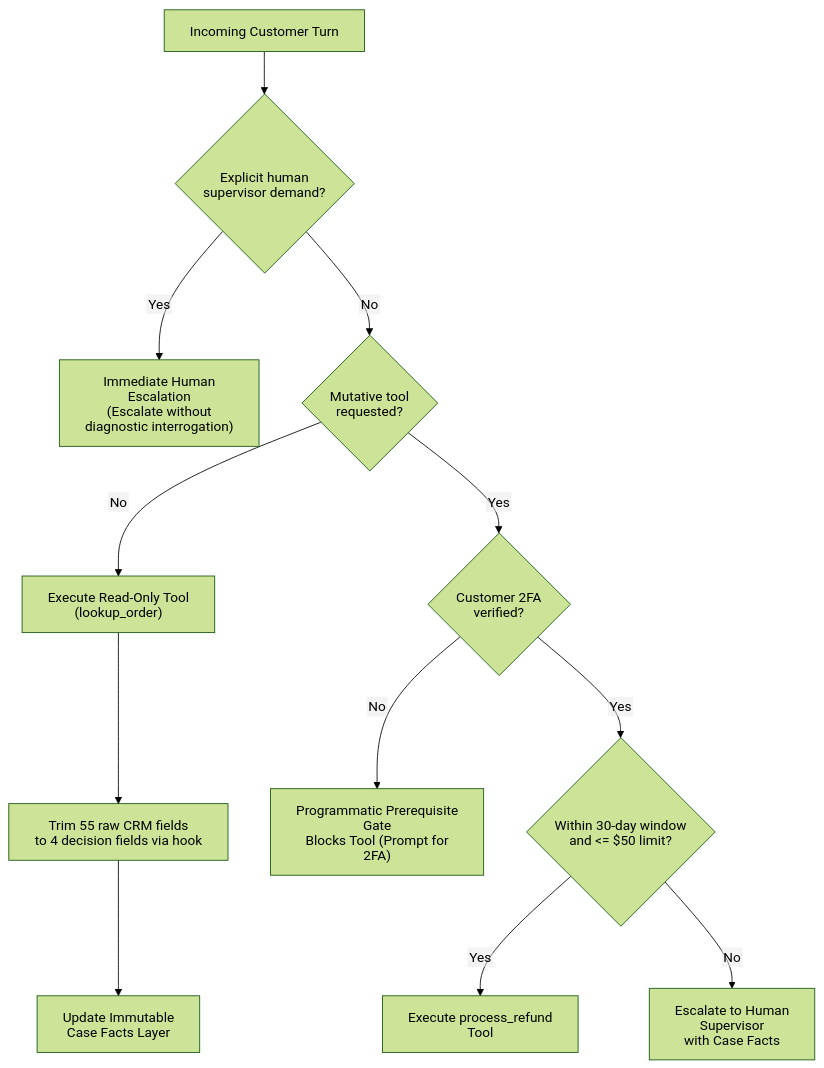
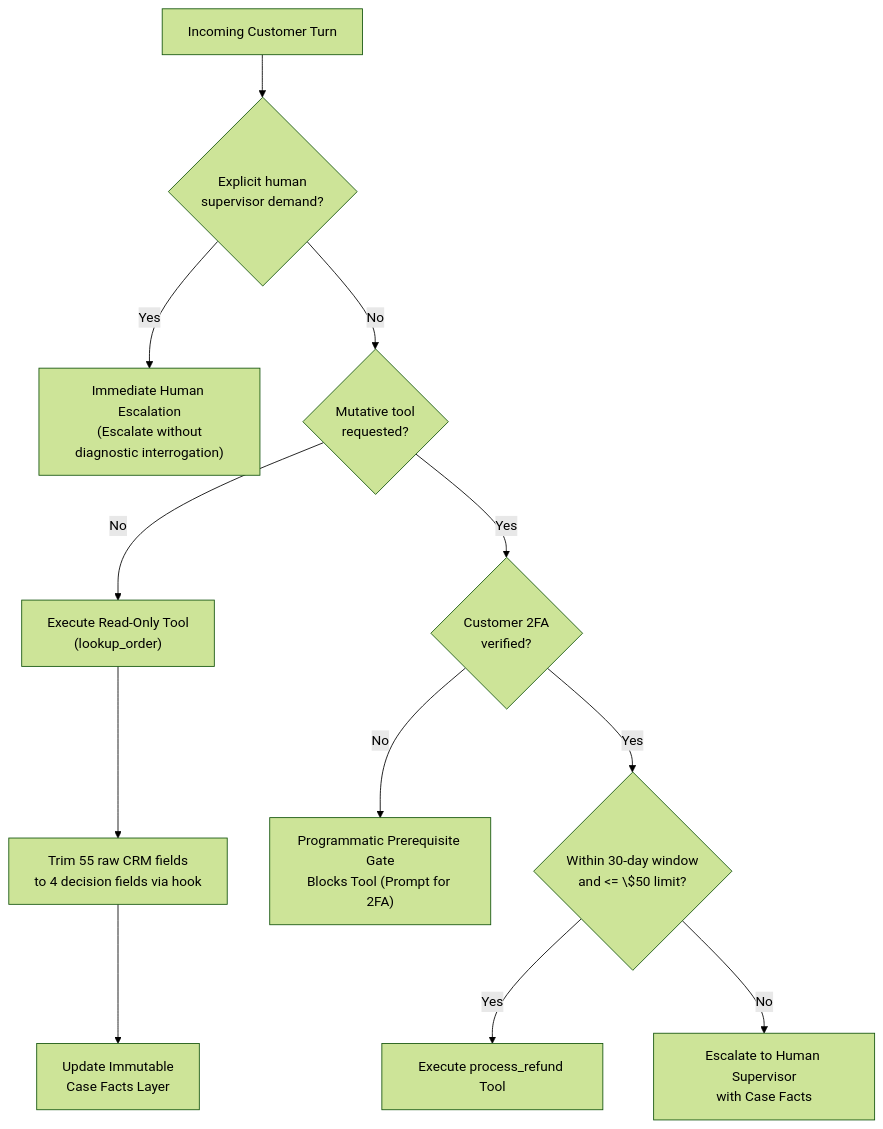
One commit to dip4k/claude_cert_architect_foundation_prep changed the fourth of 6 diagrams in scenarios/MASTER_SCENARIO_PRACTICE.md. Above: the diagram before and after it, drawn with Mermaid (forest theme). The commit also changed other lines of this file and 99 other files, not shown here.

````diff
--- a/scenarios/MASTER_SCENARIO_PRACTICE.md
+++ b/scenarios/MASTER_SCENARIO_PRACTICE.md
@@ -130,20 +119,16 @@
 ```mermaid
----
-config:
-  htmlLabels: false
----
 flowchart TD
     UserTurn["Incoming Customer Turn"] --> DemandHuman{"Explicit human<br>supervisor demand?"}
     DemandHuman -- "Yes" --> Escalate["Immediate Human Escalation<br>(Escalate without<br>diagnostic interrogation)"]
     
     DemandHuman -- "No" --> IntentCheck{"Mutative tool<br>requested?"}
     IntentCheck -- "No" --> ReadOnlyTool["Execute Read-Only Tool<br>(lookup_order)"]
     ReadOnlyTool --> Trim["Trim 55 raw CRM fields<br>to 4 decision fields via hook"]
     Trim --> UpdateFacts["Update Immutable<br>Case Facts Layer"]
     
     IntentCheck -- "Yes" --> AuthCheck{"Customer 2FA<br>verified?"}
     AuthCheck -- "No" --> AuthGate["Programmatic Prerequisite Gate<br>Blocks Tool (Prompt for 2FA)"]
-    AuthCheck -- "Yes" --> PolicyCheck{"Within 30-day window<br>and <= $50 limit?"}
+    AuthCheck -- "Yes" --> PolicyCheck{"Within 30-day window<br>and <= \$50 limit?"}
     PolicyCheck -- "Yes" --> ExecuteRefund["Execute process_refund Tool"]
     PolicyCheck -- "No" --> PolicyEscalate["Escalate to Human Supervisor<br>with Case Facts"]
 ```
````
